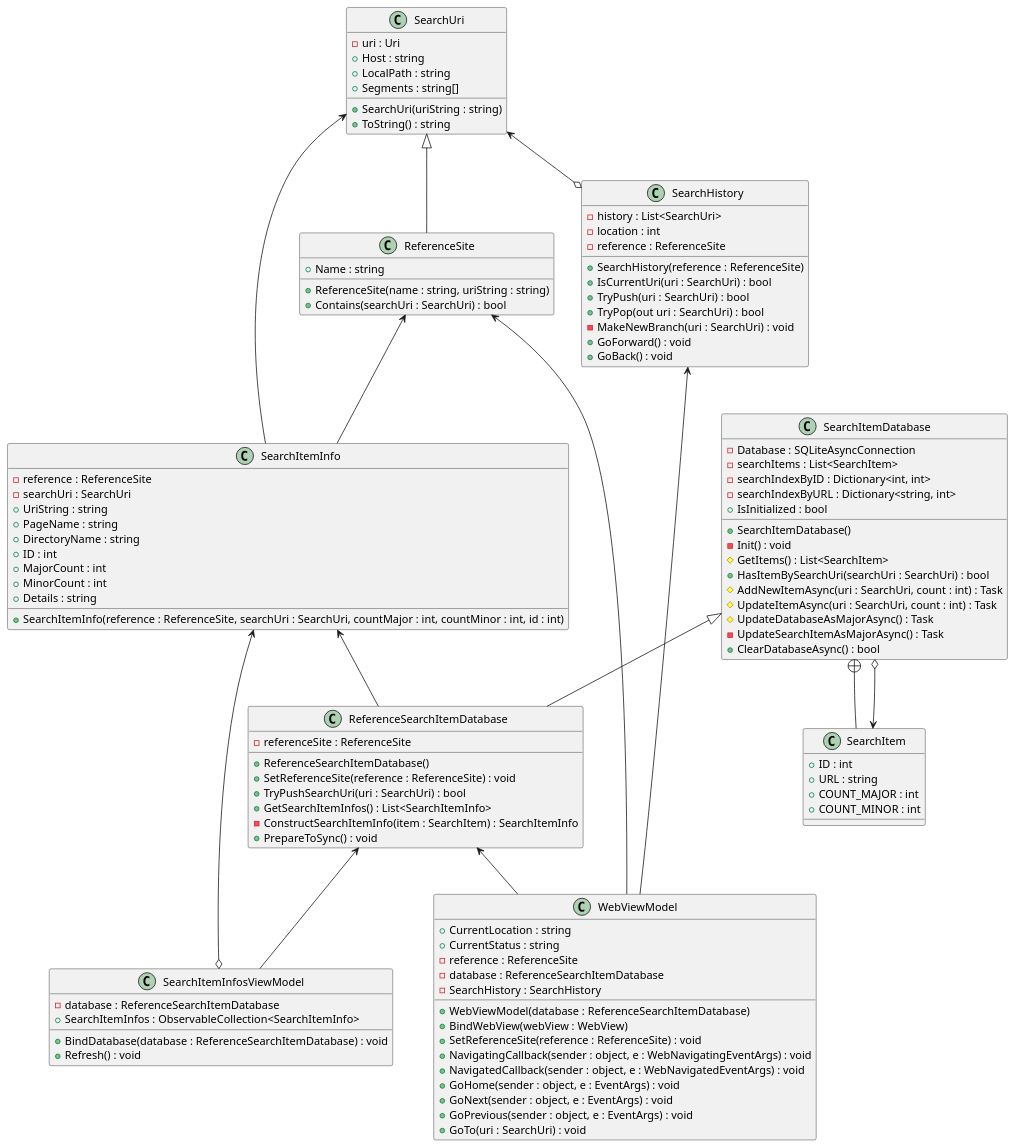
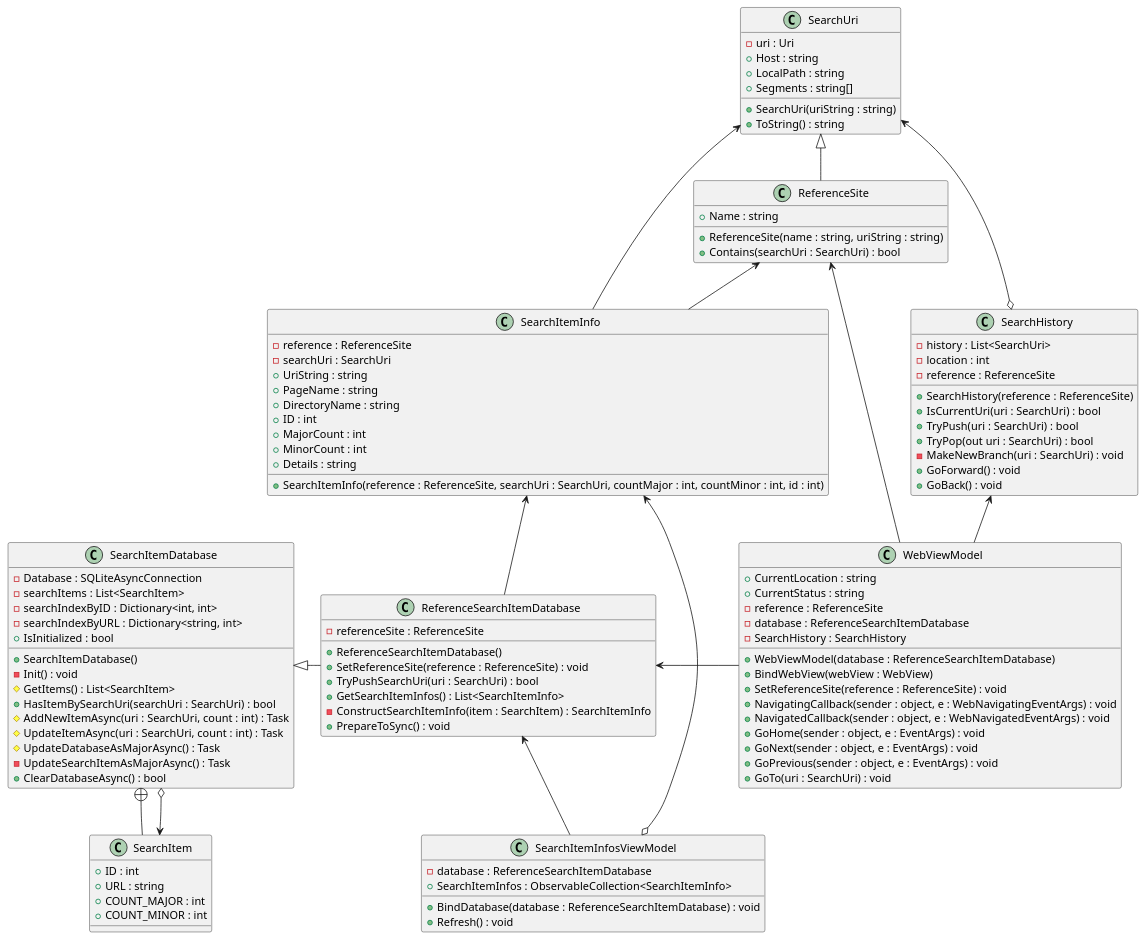
Before and after one commit to tatsuya19871219/MauiReferenceBrowserApp: the diagram in uml/ReferenceBrowser.puml, drawn with PlantUML.

Commit message:
Arrange uml

```diff
--- a/uml/ReferenceBrowser.puml
+++ b/uml/ReferenceBrowser.puml
@@ -1,123 +1,123 @@
 @startuml ReferenceBrowser
 class SearchUri {
     - uri : Uri 
     + Host : string 
     + LocalPath : string
     + Segments : string[]
     + SearchUri(uriString : string)
     + ToString() : string
 }
 
 SearchUri <|-- ReferenceSite
 class ReferenceSite {
     + Name : string 
     + ReferenceSite(name : string, uriString : string)
     + Contains(searchUri : SearchUri) : bool
 }
 
 SearchUri <--o SearchHistory
 class SearchHistory {
     - history : List<SearchUri>
     - location : int 
     - reference : ReferenceSite
     + SearchHistory(reference : ReferenceSite)
     + IsCurrentUri(uri : SearchUri) : bool
     + TryPush(uri : SearchUri) : bool
     + TryPop(out uri : SearchUri) : bool
     - MakeNewBranch(uri : SearchUri) : void
     + GoForward() : void
     + GoBack() : void
 }
 
 SearchItemDatabase +-- SearchItem 
 class SearchItem 
 {
     + ID : int
     + URL : string
     + COUNT_MAJOR : int
     + COUNT_MINOR : int
 }
 
 SearchItem <--o SearchItemDatabase
 ' class SearchItemDatabase
 class SearchItemDatabase
 {
     - Database : SQLiteAsyncConnection 
     - searchItems : List<SearchItem>
     - searchIndexByID : Dictionary<int, int> 
     - searchIndexByURL : Dictionary<string, int>
     + IsInitialized : bool
     + SearchItemDatabase()
     - Init() : void
     # GetItems() : List<SearchItem>
     + HasItemBySearchUri(searchUri : SearchUri) : bool
     # AddNewItemAsync(uri : SearchUri, count : int) : Task
     # UpdateItemAsync(uri : SearchUri, count : int) : Task
     # UpdateDatabaseAsMajorAsync() : Task
     - UpdateSearchItemAsMajorAsync() : Task
     + ClearDatabaseAsync() : bool
 }
 
-SearchItemDatabase <|-- ReferenceSearchItemDatabase
+SearchItemDatabase <|- ReferenceSearchItemDatabase
 class ReferenceSearchItemDatabase
 {
     - referenceSite : ReferenceSite
     + ReferenceSearchItemDatabase()
     + SetReferenceSite(reference : ReferenceSite) : void
     + TryPushSearchUri(uri : SearchUri) : bool
     + GetSearchItemInfos() : List<SearchItemInfo>
     - ConstructSearchItemInfo(item : SearchItem) : SearchItemInfo
     + PrepareToSync() : void
 }
 
 ReferenceSite <-- SearchItemInfo
 SearchUri <-- SearchItemInfo
 SearchItemInfo <-- ReferenceSearchItemDatabase
 class SearchItemInfo
 {
     - reference : ReferenceSite
     - searchUri : SearchUri
     + UriString : string
     + PageName : string
     + DirectoryName : string
     + ID : int
     + MajorCount : int
     + MinorCount : int
     ' + URI : string
     + Details : string
     + SearchItemInfo(reference : ReferenceSite, searchUri : SearchUri, countMajor : int, countMinor : int, id : int)
 }
 
 SearchItemInfo <--o SearchItemInfosViewModel
 ReferenceSearchItemDatabase <-- SearchItemInfosViewModel
 class SearchItemInfosViewModel
 {
     - database : ReferenceSearchItemDatabase
     + SearchItemInfos : ObservableCollection<SearchItemInfo>
     + BindDatabase(database : ReferenceSearchItemDatabase) : void 
     + Refresh() : void
 }
 
 
-ReferenceSearchItemDatabase <-- WebViewModel
+ReferenceSearchItemDatabase <- WebViewModel
 SearchHistory <-- WebViewModel
 ReferenceSite <-- WebViewModel
 class WebViewModel 
 {
     + CurrentLocation : string
     + CurrentStatus : string
     - reference : ReferenceSite
     - database : ReferenceSearchItemDatabase
     - SearchHistory : SearchHistory
     + WebViewModel(database : ReferenceSearchItemDatabase)
     + BindWebView(webView : WebView)
     + SetReferenceSite(reference : ReferenceSite) : void
     + NavigatingCallback(sender : object, e : WebNavigatingEventArgs) : void
     + NavigatedCallback(sender : object, e : WebNavigatedEventArgs) : void
     + GoHome(sender : object, e : EventArgs) : void
     + GoNext(sender : object, e : EventArgs) : void
     + GoPrevious(sender : object, e : EventArgs) : void
     + GoTo(uri : SearchUri) : void
 }
 
 @enduml
```
